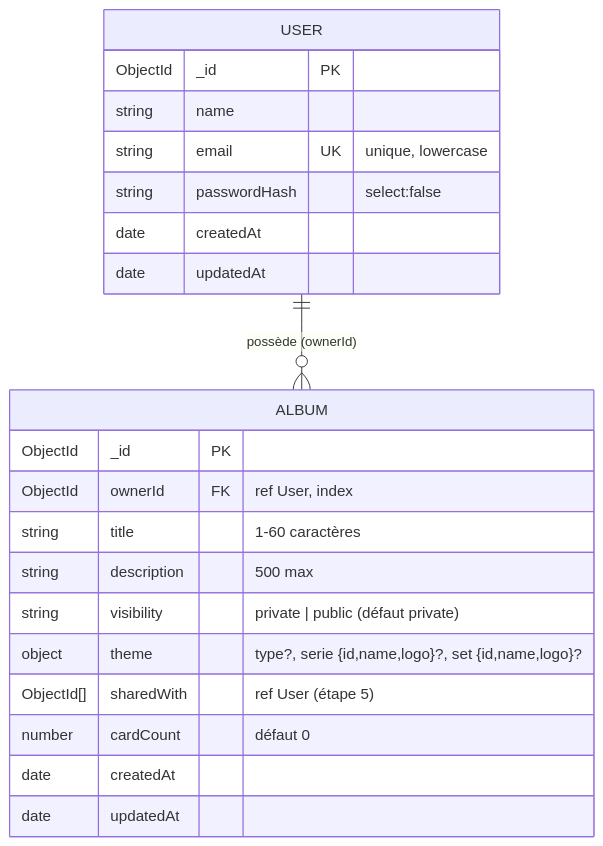
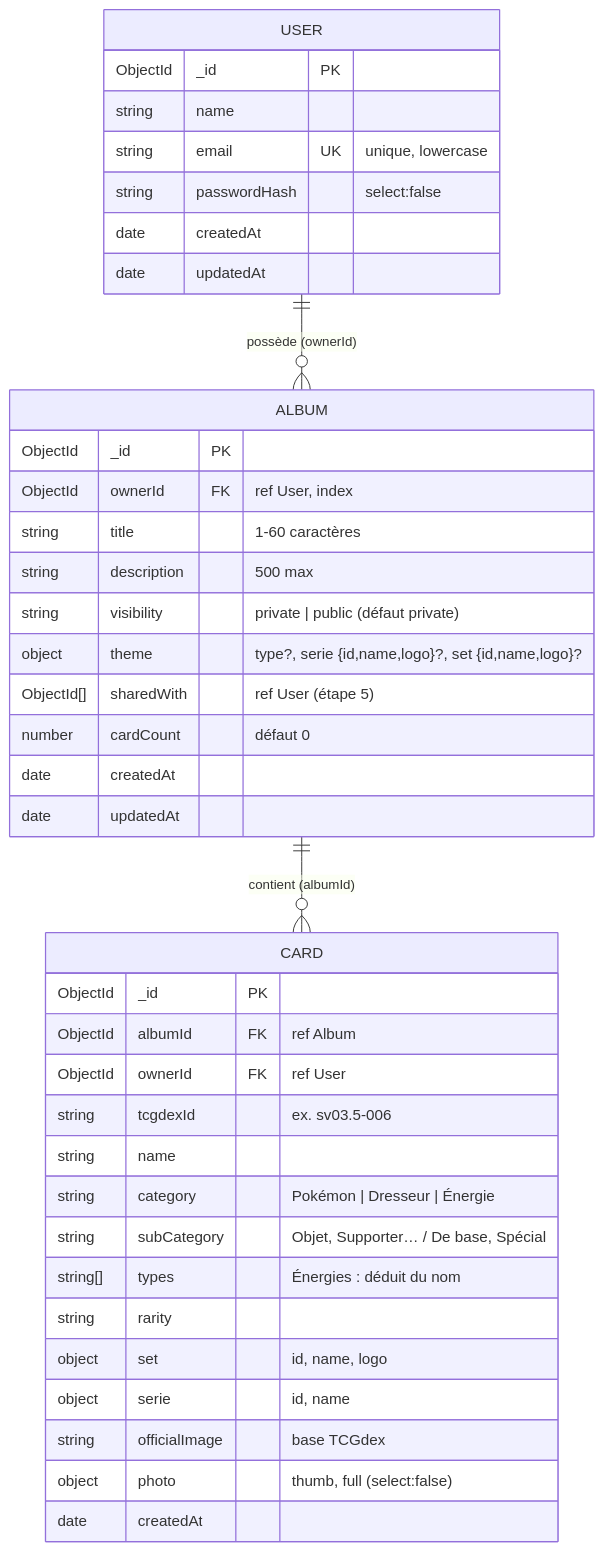
Before and after one commit to nini667-E/AngularM1_Miage_2026_2027_TP123: the second of 10 diagrams in backend/analyse.md, drawn with Mermaid. The commit also changed other lines of this file and 56 other files, not shown here.

````diff
--- a/backend/analyse.md
+++ b/backend/analyse.md
@@ -112,24 +121,41 @@
 ```mermaid
 erDiagram
     USER {
         ObjectId _id PK
         string name
         string email UK "unique, lowercase"
         string passwordHash "select:false"
         date createdAt
         date updatedAt
     }
     ALBUM {
         ObjectId _id PK
         ObjectId ownerId FK "ref User, index"
         string title "1-60 caractères"
         string description "500 max"
         string visibility "private | public (défaut private)"
         object theme "type?, serie {id,name,logo}?, set {id,name,logo}?"
         ObjectId[] sharedWith "ref User (étape 5)"
         number cardCount "défaut 0"
         date createdAt
         date updatedAt
     }
+    CARD {
+        ObjectId _id PK
+        ObjectId albumId FK "ref Album"
+        ObjectId ownerId FK "ref User"
+        string tcgdexId "ex. sv03.5-006"
+        string name
+        string category "Pokémon | Dresseur | Énergie"
+        string subCategory "Objet, Supporter… / De base, Spécial"
+        string[] types "Énergies : déduit du nom"
+        string rarity
+        object set "id, name, logo"
+        object serie "id, name"
+        string officialImage "base TCGdex"
+        object photo "thumb, full (select:false)"
+        date createdAt
+    }
     USER ||--o{ ALBUM : "possède (ownerId)"
+    ALBUM ||--o{ CARD : "contient (albumId)"
 ```
````
